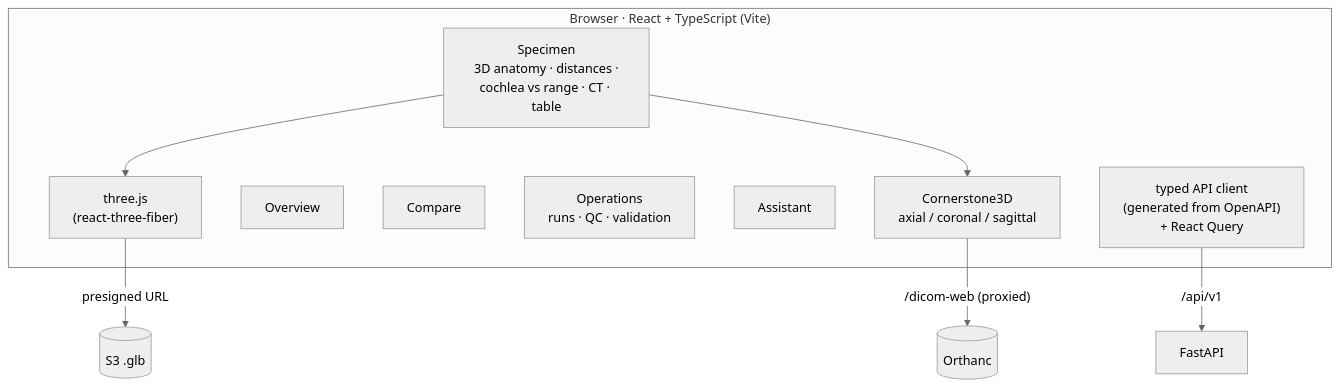
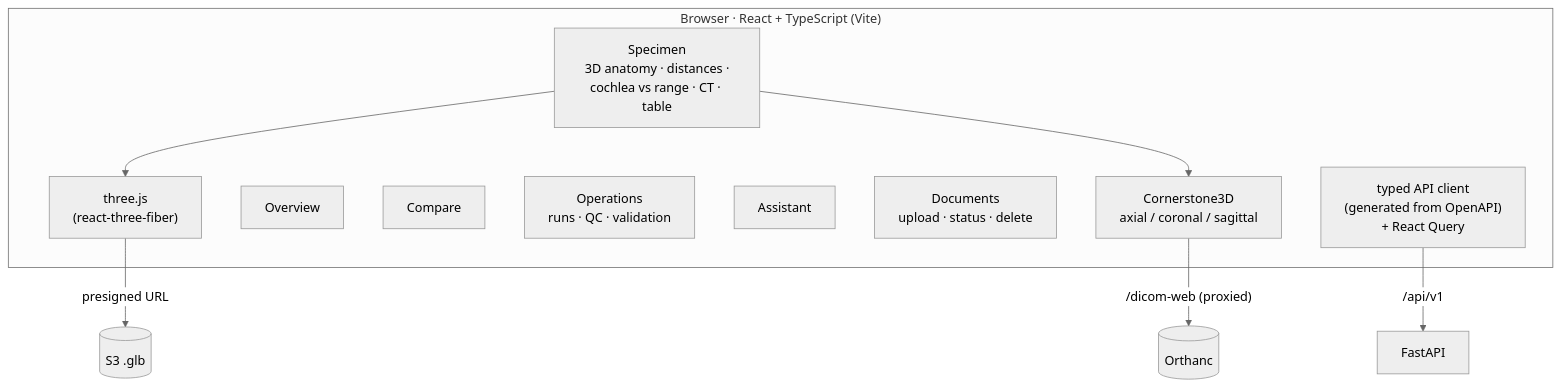
The diagram in docs/architecture/06-dashboard.md (ZeeetOne/CochleaHub), drawn with Mermaid (neutral theme) before and after one commit. The commit also changed other lines of this file and 4 other files, not shown here.

Commit message:
docs: bring the stage 2-6 architecture pages up to date (pgvector, documents, two specimens)

````diff
--- a/docs/architecture/06-dashboard.md
+++ b/docs/architecture/06-dashboard.md
@@ -6,18 +6,19 @@
 ```mermaid
 flowchart TB
     subgraph browser["Browser · React + TypeScript (Vite)"]
         RQ["typed API client<br/>(generated from OpenAPI)<br/>+ React Query"]
         OV["Overview"]
         SPP["Specimen<br/>3D anatomy · distances ·<br/>cochlea vs range · CT · table"]
         CMP["Compare"]
         OPS["Operations<br/>runs · QC · validation"]
         ASP["Assistant"]
+        DOCP["Documents<br/>upload · status · delete"]
         M3["three.js<br/>(react-three-fiber)"]
         CS["Cornerstone3D<br/>axial / coronal / sagittal"]
         SPP --> M3
         SPP --> CS
     end
     RQ -- "/api/v1" --> API["FastAPI"]
     M3 -- "presigned URL" --> S3[("S3 .glb")]
     CS -- "/dicom-web (proxied)" --> OR[("Orthanc")]
 ```
````
